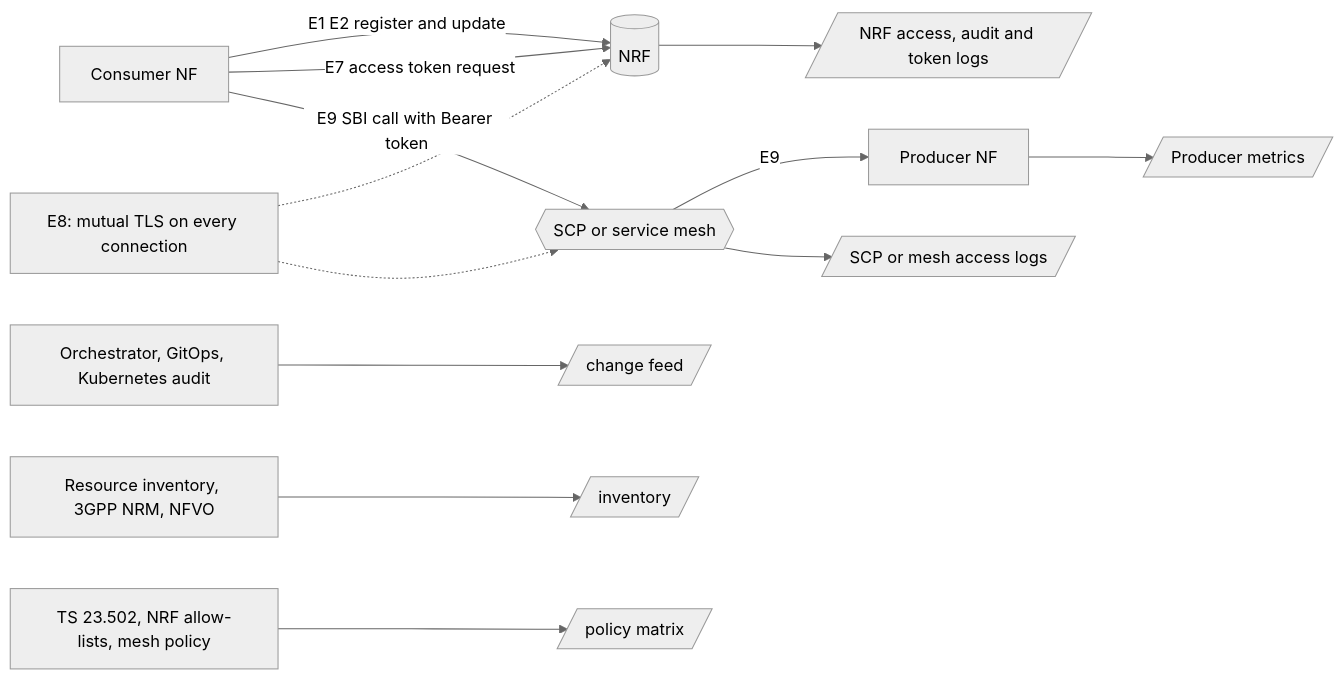
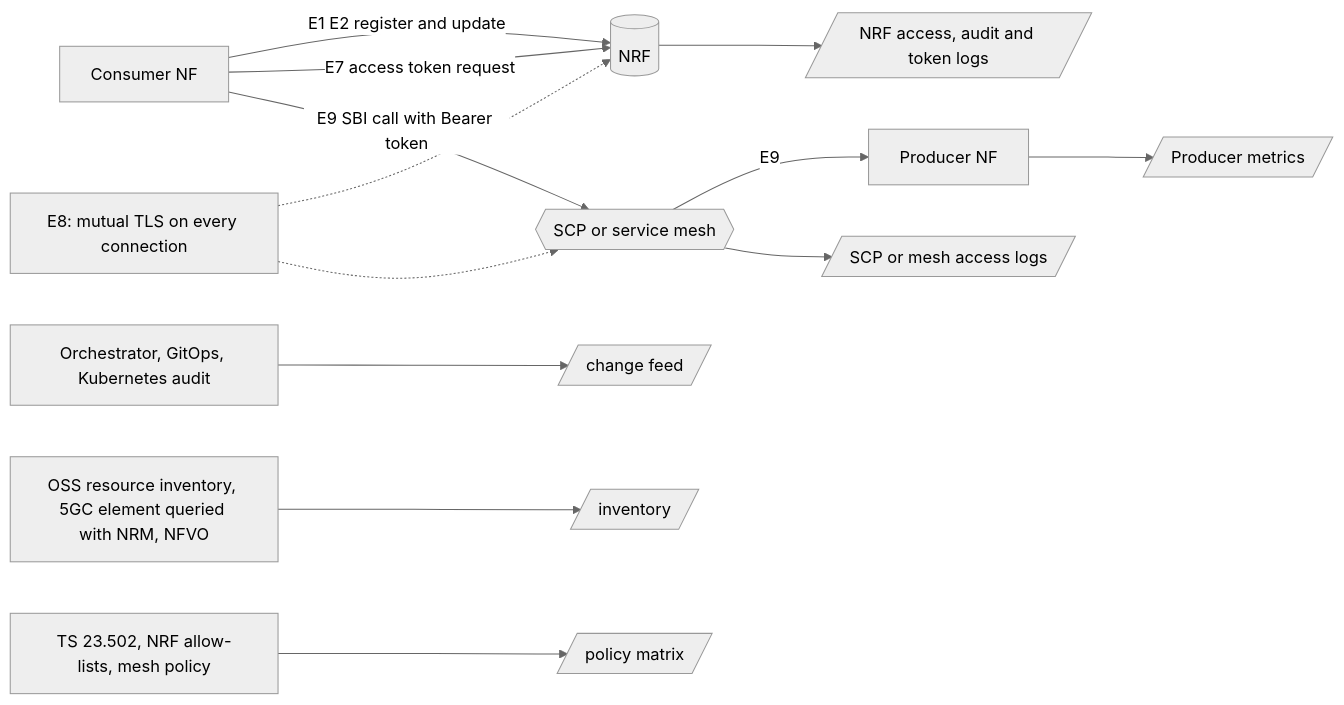
One commit to mmincarelli00/mlflow-NRF changed the third of 3 diagrams in README.md. Above: the diagram before and after it, drawn with Mermaid (neutral theme). The commit also changed other lines of this file and 1 other file, not shown here.

First line of the commit message:
Name inventory sources as OSS resource inventory, 5GC element queried with NRM, NFVO

````diff
--- a/README.md
+++ b/README.md
@@ -271,15 +271,15 @@
 ```mermaid
 flowchart LR
     C["Consumer NF"] -->|E1 E2 register and update| NRF[("NRF")]
     C -->|E7 access token request| NRF
     C -->|E9 SBI call with Bearer token| SCP{{"SCP or service mesh"}}
     SCP -->|E9| P["Producer NF"]
     NRF --> L1[/"NRF access, audit and token logs"/]
     SCP --> L2[/"SCP or mesh access logs"/]
     P --> L3[/"Producer metrics"/]
     T["E8: mutual TLS on every connection"] -.-> NRF
     T -.-> SCP
     O["Orchestrator, GitOps, Kubernetes audit"] --> L4[/"change feed"/]
-    D["Resource inventory, 3GPP NRM, NFVO"] --> L5[/"inventory"/]
+    D["OSS resource inventory, 5GC element queried with NRM, NFVO"] --> L5[/"inventory"/]
     S["TS 23.502, NRF allow-lists, mesh policy"] --> L6[/"policy matrix"/]
 ```
````
